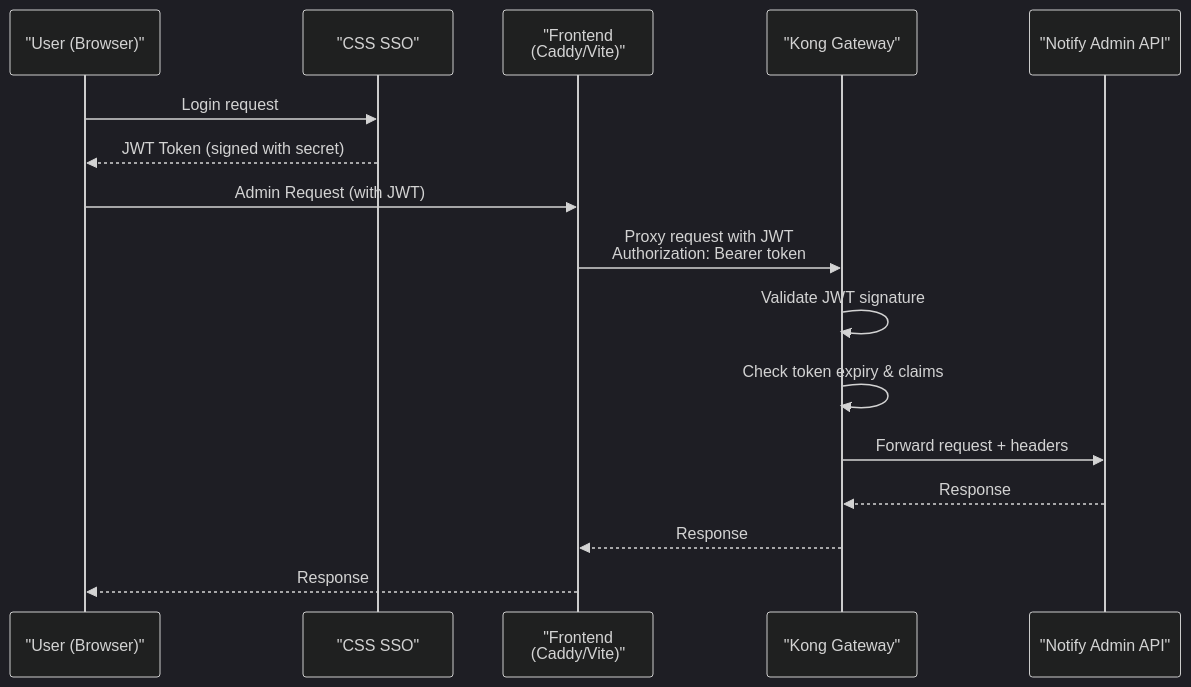
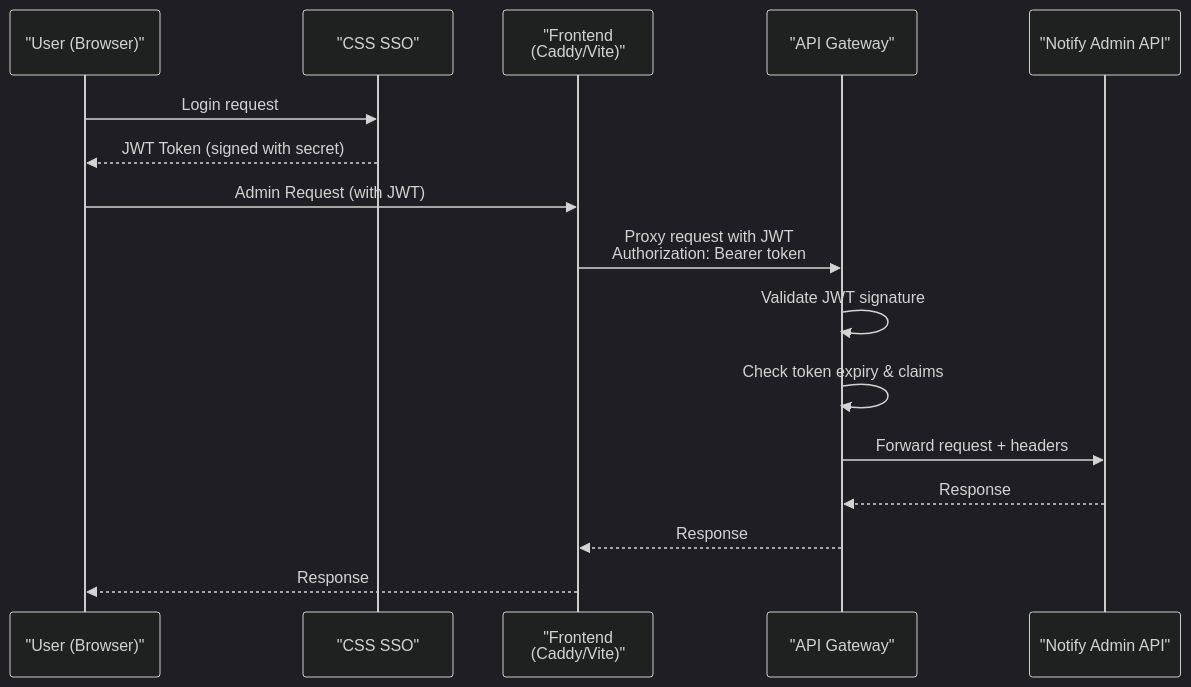
Before and after one commit to bcgov/common-notify: the second of 5 diagrams in notify_api_gateway_architecture_v3.md, drawn with Mermaid (dark theme). The commit also changed other lines of this file and 3 other files, not shown here.

````diff
--- a/notify_api_gateway_architecture_v3.md
+++ b/notify_api_gateway_architecture_v3.md
@@ -109,20 +109,20 @@
 ```mermaid
 sequenceDiagram
     participant User as "User (Browser)"
     participant CSS as "CSS SSO"
     participant Frontend as "Frontend<br/>(Caddy/Vite)"
-    participant Kong as "Kong Gateway"
+    participant Gateway as "API Gateway"
     participant AdminAPI as "Notify Admin API"
 
     User->>CSS: Login request
     CSS-->>User: JWT Token (signed with secret)
 
     User->>Frontend: Admin Request (with JWT)
-    Frontend->>Kong: Proxy request with JWT<br/>Authorization: Bearer token
-    Kong->>Kong: Validate JWT signature
-    Kong->>Kong: Check token expiry & claims
-    Kong->>AdminAPI: Forward request + headers
-    AdminAPI-->>Kong: Response
-    Kong-->>Frontend: Response
+    Frontend->>Gateway: Proxy request with JWT<br/>Authorization: Bearer token
+    Gateway->>Gateway: Validate JWT signature
+    Gateway->>Gateway: Check token expiry & claims
+    Gateway->>AdminAPI: Forward request + headers
+    AdminAPI-->>Gateway: Response
+    Gateway-->>Frontend: Response
     Frontend-->>User: Response
 ```
````
